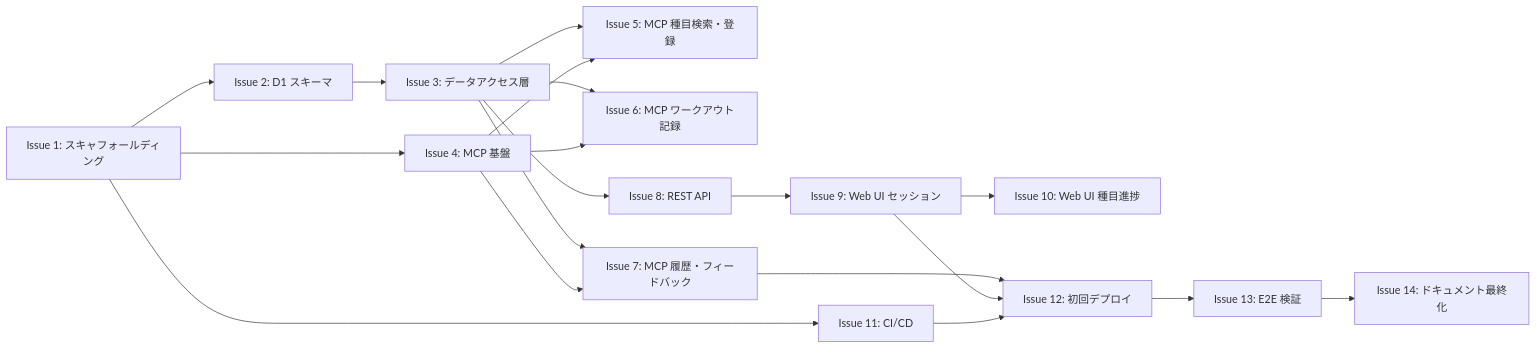
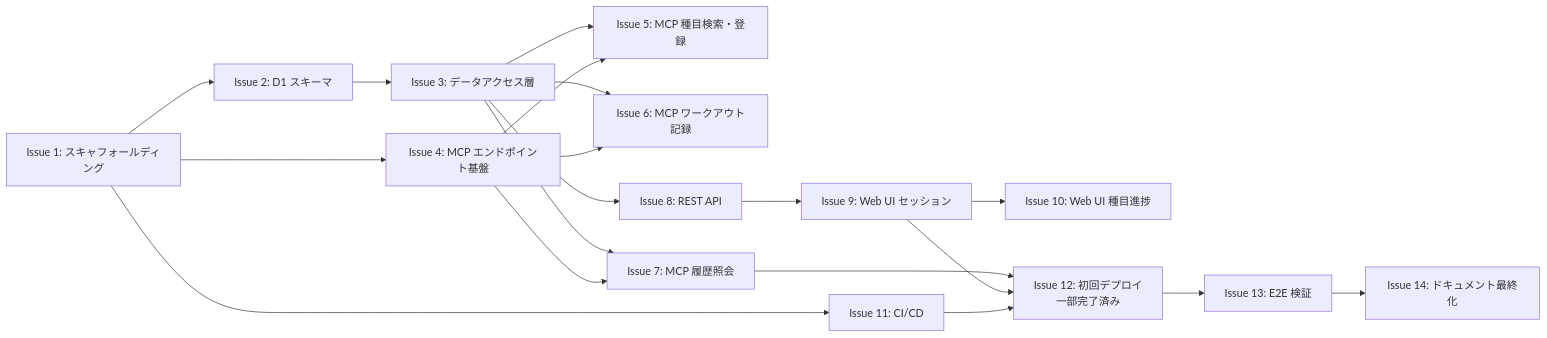
One commit to japan4415/training-logger changed the diagram in docs/roadmap.md. Above: the diagram before and after it, drawn with Mermaid. The commit also changed other lines of this file and 4 other files, not shown here.

````diff
--- a/docs/roadmap.md
+++ b/docs/roadmap.md
@@ -17,36 +17,36 @@
 ```mermaid
 graph LR
     I1[Issue 1: スキャフォールディング]
     I2[Issue 2: D1 スキーマ]
     I3[Issue 3: データアクセス層]
-    I4[Issue 4: MCP 基盤]
+    I4[Issue 4: MCP エンドポイント基盤]
     I5[Issue 5: MCP 種目検索・登録]
     I6[Issue 6: MCP ワークアウト記録]
-    I7[Issue 7: MCP 履歴・フィードバック]
+    I7[Issue 7: MCP 履歴照会]
     I8[Issue 8: REST API]
     I9[Issue 9: Web UI セッション]
     I10[Issue 10: Web UI 種目進捗]
     I11[Issue 11: CI/CD]
-    I12[Issue 12: 初回デプロイ]
+    I12[Issue 12: 初回デプロイ<br/>一部完了済み]
     I13[Issue 13: E2E 検証]
     I14[Issue 14: ドキュメント最終化]
 
     I1 --> I2
     I1 --> I4
     I1 --> I11
     I2 --> I3
     I3 --> I5
     I3 --> I6
     I3 --> I7
     I3 --> I8
     I4 --> I5
     I4 --> I6
     I4 --> I7
     I8 --> I9
     I9 --> I10
     I7 --> I12
     I9 --> I12
     I11 --> I12
     I12 --> I13
     I13 --> I14
 ```
````
